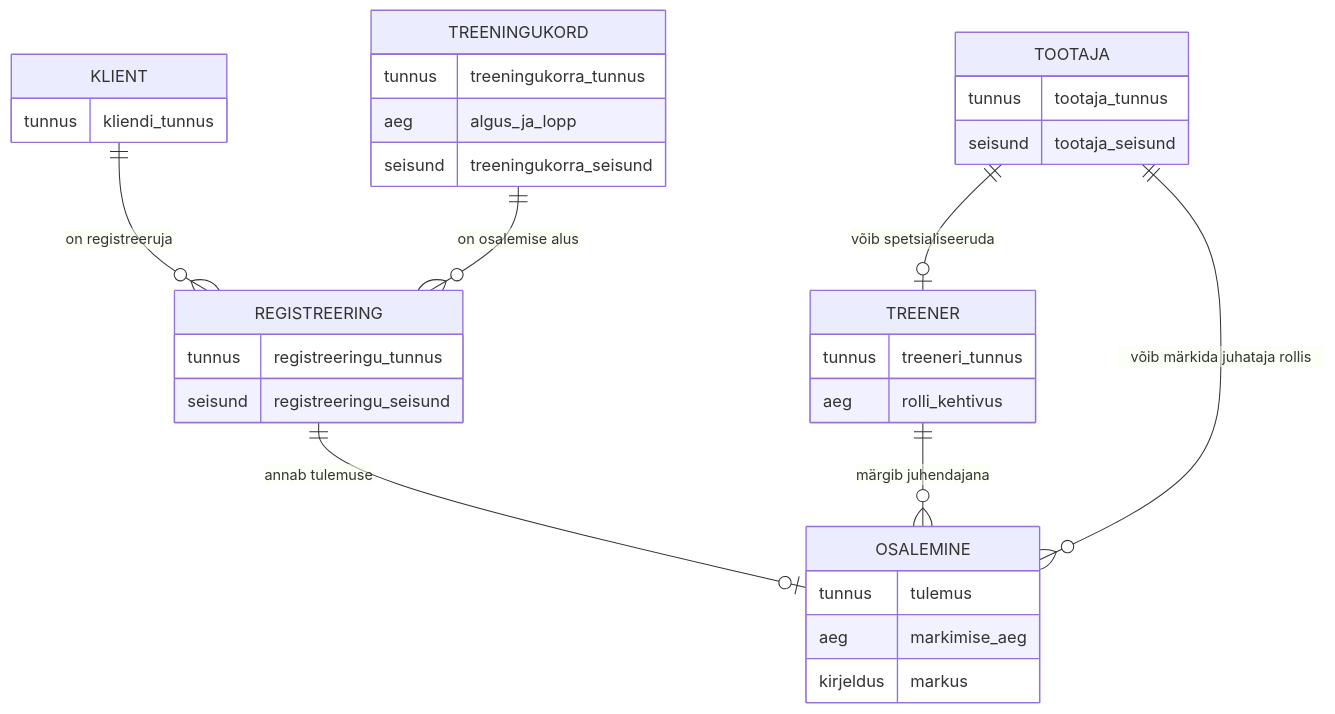
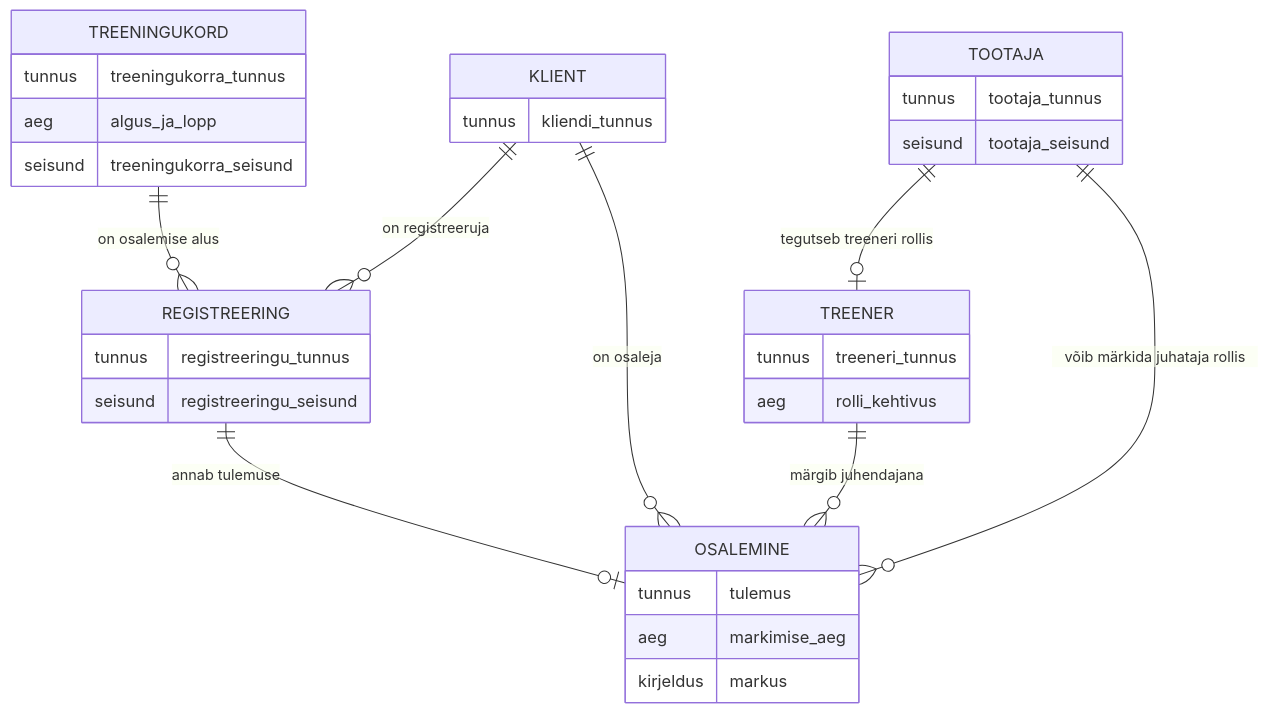
Before and after one commit to tamkivi/andmebaasid-projekt: the diagram in diagrams/14_attendance_register.mmd, drawn with Mermaid. The commit also changed 32 other files, not shown here.

```diff
--- a/diagrams/14_attendance_register.mmd
+++ b/diagrams/14_attendance_register.mmd
@@ -1,33 +1,34 @@
 erDiagram
     REGISTREERING ||--o| OSALEMINE : "annab tulemuse"
-    TOOTAJA ||--o| TREENER : "võib spetsialiseeruda"
+    TOOTAJA ||--o| TREENER : "tegutseb treeneri rollis"
     TREENER ||--o{ OSALEMINE : "märgib juhendajana"
     TOOTAJA ||--o{ OSALEMINE : "võib märkida juhataja rollis"
     KLIENT ||--o{ REGISTREERING : "on registreeruja"
+    KLIENT ||--o{ OSALEMINE : "on osaleja"
     TREENINGUKORD ||--o{ REGISTREERING : "on osalemise alus"
 
     OSALEMINE {
         tunnus tulemus
         aeg markimise_aeg
         kirjeldus markus
     }
     REGISTREERING {
         tunnus registreeringu_tunnus
         seisund registreeringu_seisund
     }
     TOOTAJA {
         tunnus tootaja_tunnus
         seisund tootaja_seisund
     }
     TREENER {
         tunnus treeneri_tunnus
         aeg rolli_kehtivus
     }
     KLIENT {
         tunnus kliendi_tunnus
     }
     TREENINGUKORD {
         tunnus treeningukorra_tunnus
         aeg algus_ja_lopp
         seisund treeningukorra_seisund
     }
```
